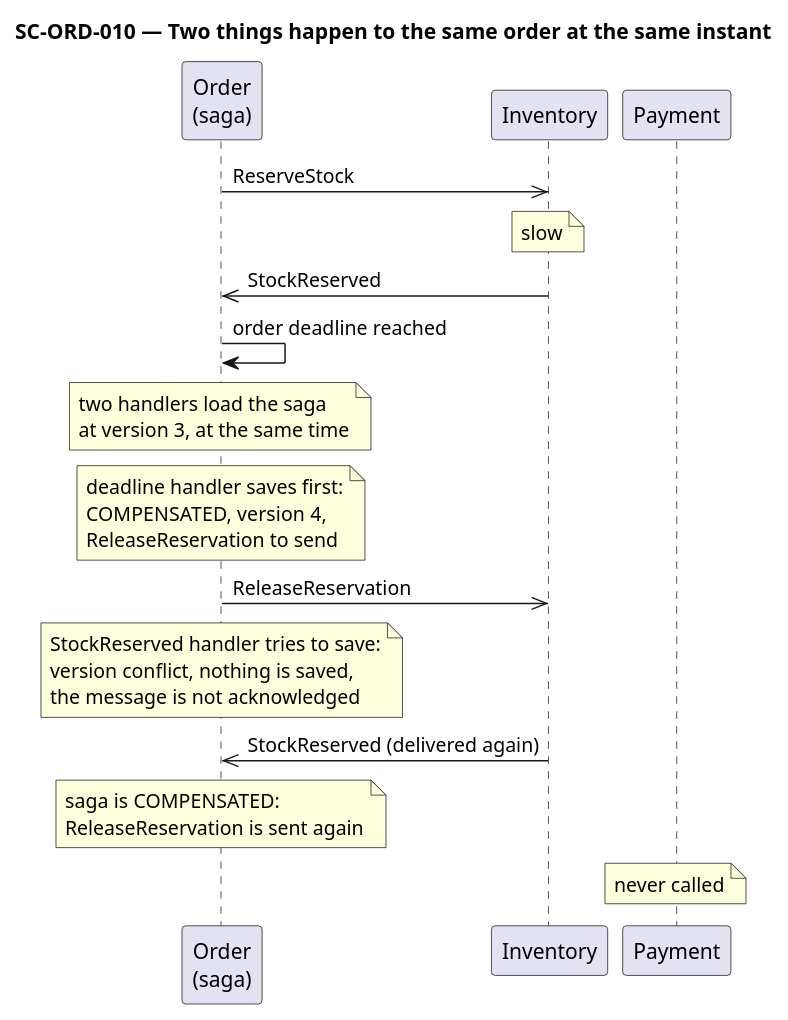
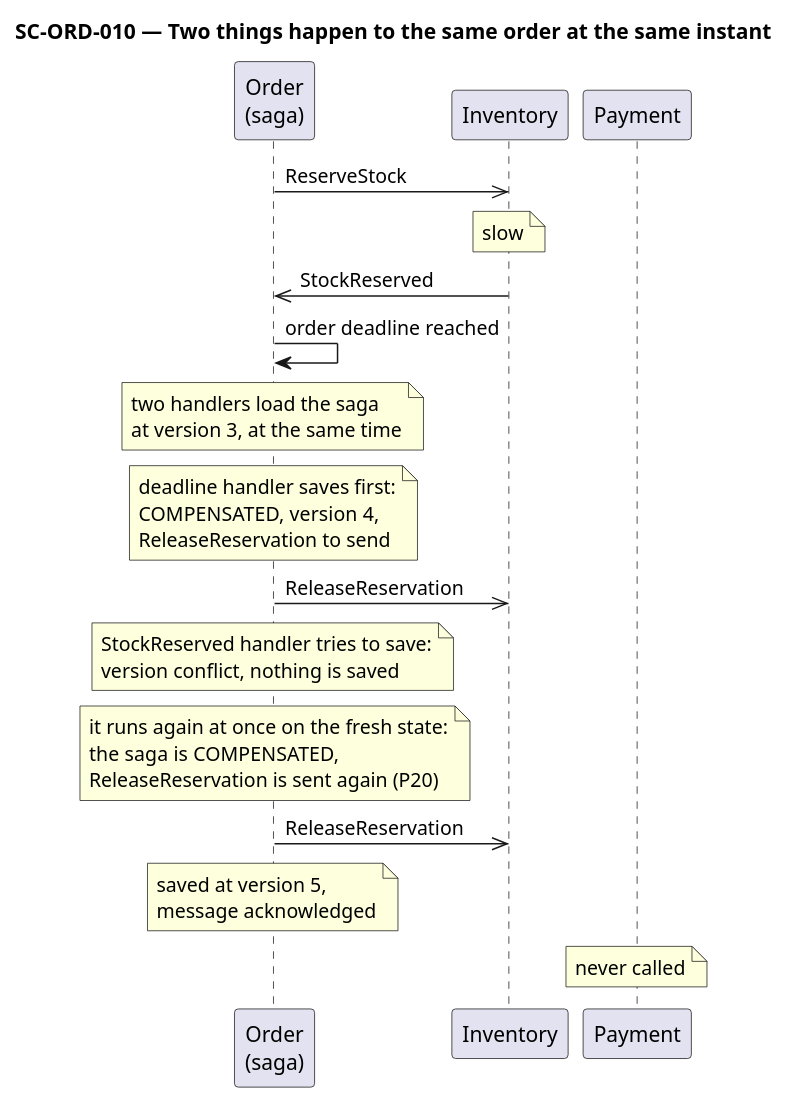
The diagram in doc/2-spec/03-event-driven-architecture/diagrams/sc-ord-010.puml (AxeloLabs/alten-commerce-platform), drawn with PlantUML before and after one commit. The commit also changed 15 other files, not shown here.

```diff
--- a/doc/2-spec/03-event-driven-architecture/diagrams/sc-ord-010.puml
+++ b/doc/2-spec/03-event-driven-architecture/diagrams/sc-ord-010.puml
@@ -1,18 +1,19 @@
 @startuml
 title SC-ORD-010 — Two things happen to the same order at the same instant
 participant "Order\n(saga)" as O
 participant "Inventory" as I
 participant "Payment" as P
 
 O ->> I : ReserveStock
 note over I : slow
 I ->> O : StockReserved
 O -> O : order deadline reached
 note over O : two handlers load the saga\nat version 3, at the same time
 note over O : deadline handler saves first:\nCOMPENSATED, version 4,\nReleaseReservation to send
 O ->> I : ReleaseReservation
-note over O : StockReserved handler tries to save:\nversion conflict, nothing is saved,\nthe message is not acknowledged
-I ->> O : StockReserved (delivered again)
-note over O : saga is COMPENSATED:\nReleaseReservation is sent again
+note over O : StockReserved handler tries to save:\nversion conflict, nothing is saved
+note over O : it runs again at once on the fresh state:\nthe saga is COMPENSATED,\nReleaseReservation is sent again (P20)
+O ->> I : ReleaseReservation
+note over O : saved at version 5,\nmessage acknowledged
 note over P : never called
 @enduml
```
